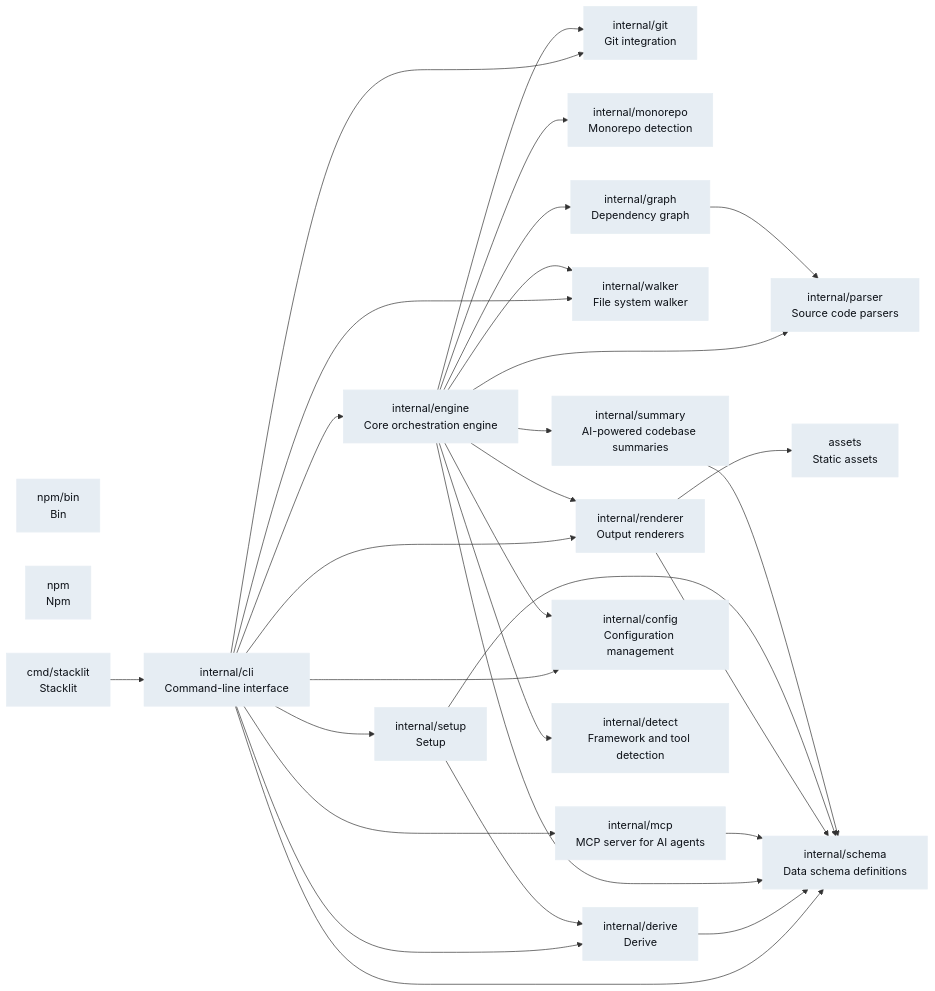
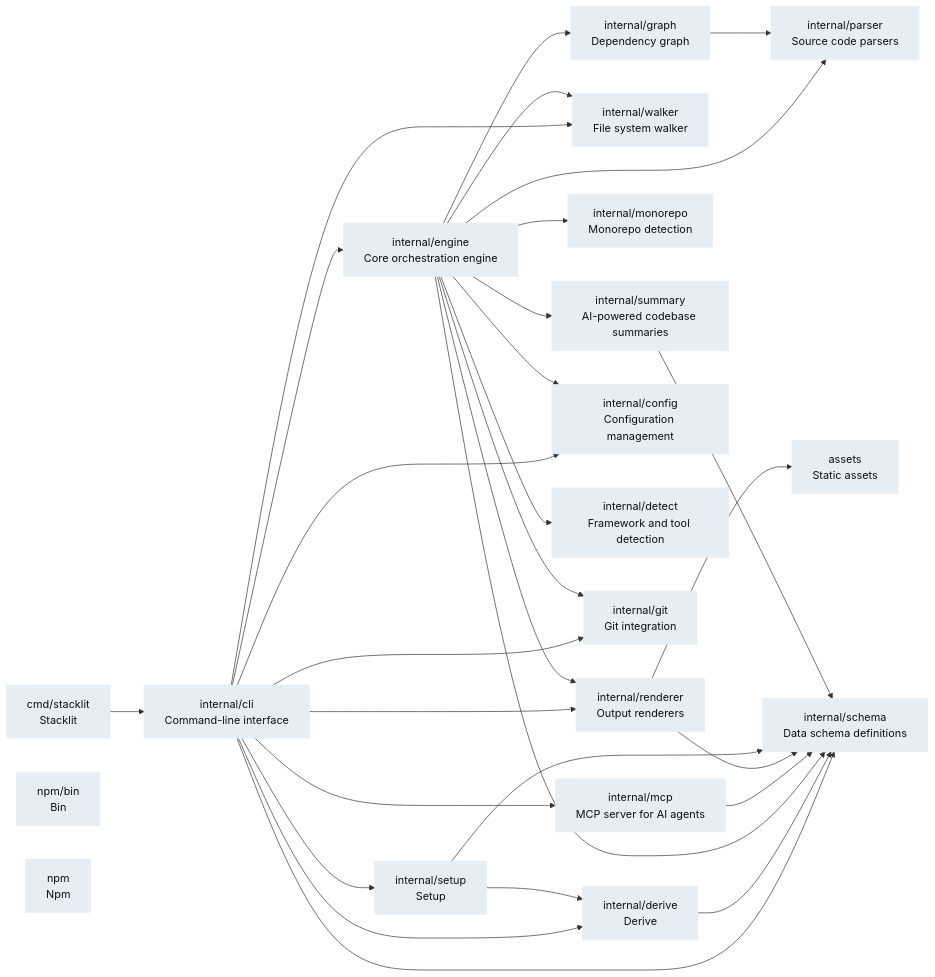
One commit to glincker/stacklit changed the diagram in stacklit.mmd. Above: the diagram before and after it, drawn with Mermaid. The commit also changed 2 other files, not shown here.

```diff
--- a/stacklit.mmd
+++ b/stacklit.mmd
@@ -1,57 +1,63 @@
 graph LR
+  classDef scala fill:#8b949e,color:#0d1117,stroke:#8b949e
+  classDef c fill:#8b949e,color:#0d1117,stroke:#8b949e
+  classDef cpp fill:#8b949e,color:#0d1117,stroke:#8b949e
+  classDef rust fill:#a5b3bf,color:#0d1117,stroke:#a5b3bf
   classDef elixir fill:#8b949e,color:#0d1117,stroke:#8b949e
+  classDef php fill:#8b949e,color:#0d1117,stroke:#8b949e
+  classDef javascript fill:#c9d1d9,color:#0d1117,stroke:#c9d1d9
+  classDef typescript fill:#c9d1d9,color:#0d1117,stroke:#c9d1d9
   classDef python fill:#b1bac4,color:#0d1117,stroke:#b1bac4
+  classDef java fill:#8b949e,color:#0d1117,stroke:#8b949e
+  classDef csharp fill:#8b949e,color:#0d1117,stroke:#8b949e
+  classDef ruby fill:#8b949e,color:#0d1117,stroke:#8b949e
   classDef kotlin fill:#8b949e,color:#0d1117,stroke:#8b949e
   classDef go fill:#e6edf3,color:#0d1117,stroke:#e6edf3
-  classDef java fill:#8b949e,color:#0d1117,stroke:#8b949e
-  classDef scala fill:#8b949e,color:#0d1117,stroke:#8b949e
-  classDef typescript fill:#c9d1d9,color:#0d1117,stroke:#c9d1d9
-  classDef rust fill:#a5b3bf,color:#0d1117,stroke:#a5b3bf
-  classDef javascript fill:#c9d1d9,color:#0d1117,stroke:#c9d1d9
-  internal_git["internal/git\nGit integration"]:::go
+  classDef swift fill:#8b949e,color:#0d1117,stroke:#8b949e
+  cmd_stacklit["cmd/stacklit\nStacklit"]:::go
+  internal_cli["internal/cli\nCommand-line interface"]:::go
+  internal_engine["internal/engine\nCore orchestration engine"]:::go
+  npm_bin["npm/bin\nBin"]:::go
+  internal_setup["internal/setup\nSetup"]:::go
+  internal_summary["internal/summary\nAI-powered codebase summaries"]:::go
+  internal_walker["internal/walker\nFile system walker"]:::go
+  internal_derive["internal/derive\nDerive"]:::go
   internal_monorepo["internal/monorepo\nMonorepo detection"]:::go
-  npm_bin["npm/bin\nBin"]:::go
-  internal_cli["internal/cli\nCommand-line interface"]:::go
-  internal_graph["internal/graph\nDependency graph"]:::go
-  internal_setup["internal/setup\nSetup"]:::go
-  internal_walker["internal/walker\nFile system walker"]:::go
-  internal_mcp["internal/mcp\nMCP server for AI agents"]:::go
-  internal_summary["internal/summary\nAI-powered codebase summaries"]:::go
+  internal_renderer["internal/renderer\nOutput renderers"]:::go
+  npm["npm\nNpm"]:::go
   assets["assets\nStatic assets"]:::go
-  internal_derive["internal/derive\nDerive"]:::go
-  internal_parser["internal/parser\nSource code parsers"]:::go
-  internal_renderer["internal/renderer\nOutput renderers"]:::go
-  internal_schema["internal/schema\nData schema definitions"]:::go
-  npm["npm\nNpm"]:::go
-  cmd_stacklit["cmd/stacklit\nStacklit"]:::go
   internal_config["internal/config\nConfiguration management"]:::go
   internal_detect["internal/detect\nFramework and tool detection"]:::go
-  internal_engine["internal/engine\nCore orchestration engine"]:::go
+  internal_git["internal/git\nGit integration"]:::go
+  internal_graph["internal/graph\nDependency graph"]:::go
+  internal_mcp["internal/mcp\nMCP server for AI agents"]:::go
+  internal_parser["internal/parser\nSource code parsers"]:::go
+  internal_schema["internal/schema\nData schema definitions"]:::go
   cmd_stacklit --> internal_cli
   internal_cli --> internal_config
   internal_cli --> internal_derive
   internal_cli --> internal_engine
   internal_cli --> internal_git
   internal_cli --> internal_mcp
   internal_cli --> internal_renderer
   internal_cli --> internal_schema
   internal_cli --> internal_setup
   internal_cli --> internal_walker
   internal_derive --> internal_schema
   internal_engine --> internal_config
   internal_engine --> internal_detect
   internal_engine --> internal_git
   internal_engine --> internal_graph
   internal_engine --> internal_monorepo
   internal_engine --> internal_parser
   internal_engine --> internal_renderer
   internal_engine --> internal_schema
   internal_engine --> internal_summary
   internal_engine --> internal_walker
   internal_graph --> internal_parser
   internal_mcp --> internal_schema
   internal_renderer --> assets
   internal_renderer --> internal_schema
   internal_setup --> internal_derive
   internal_setup --> internal_schema
   internal_summary --> internal_schema
```
